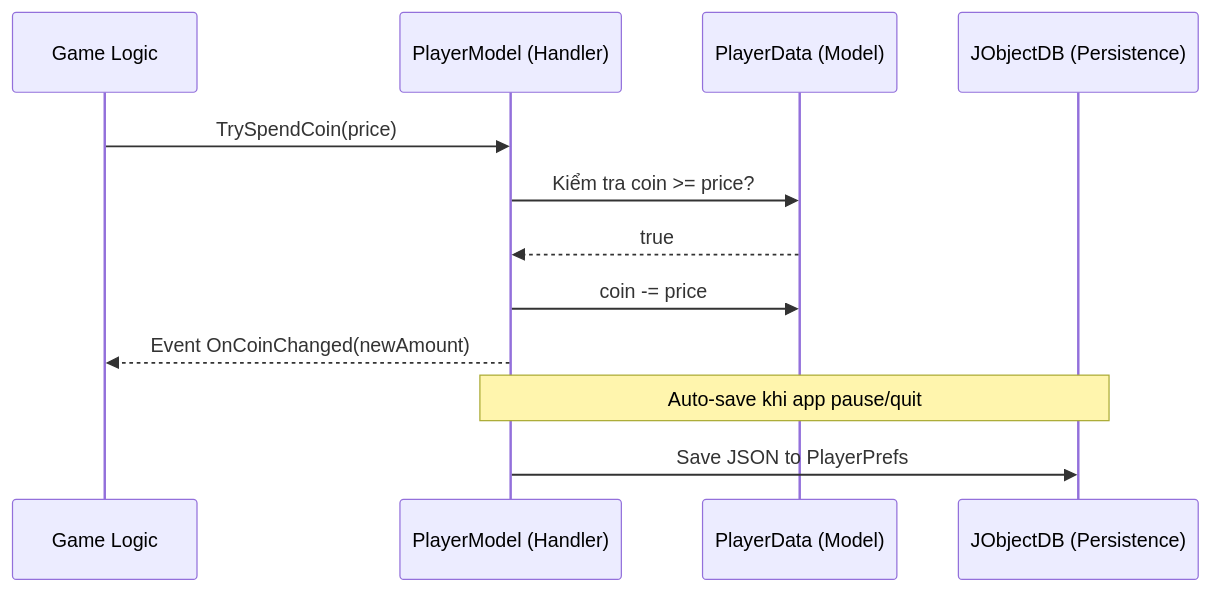
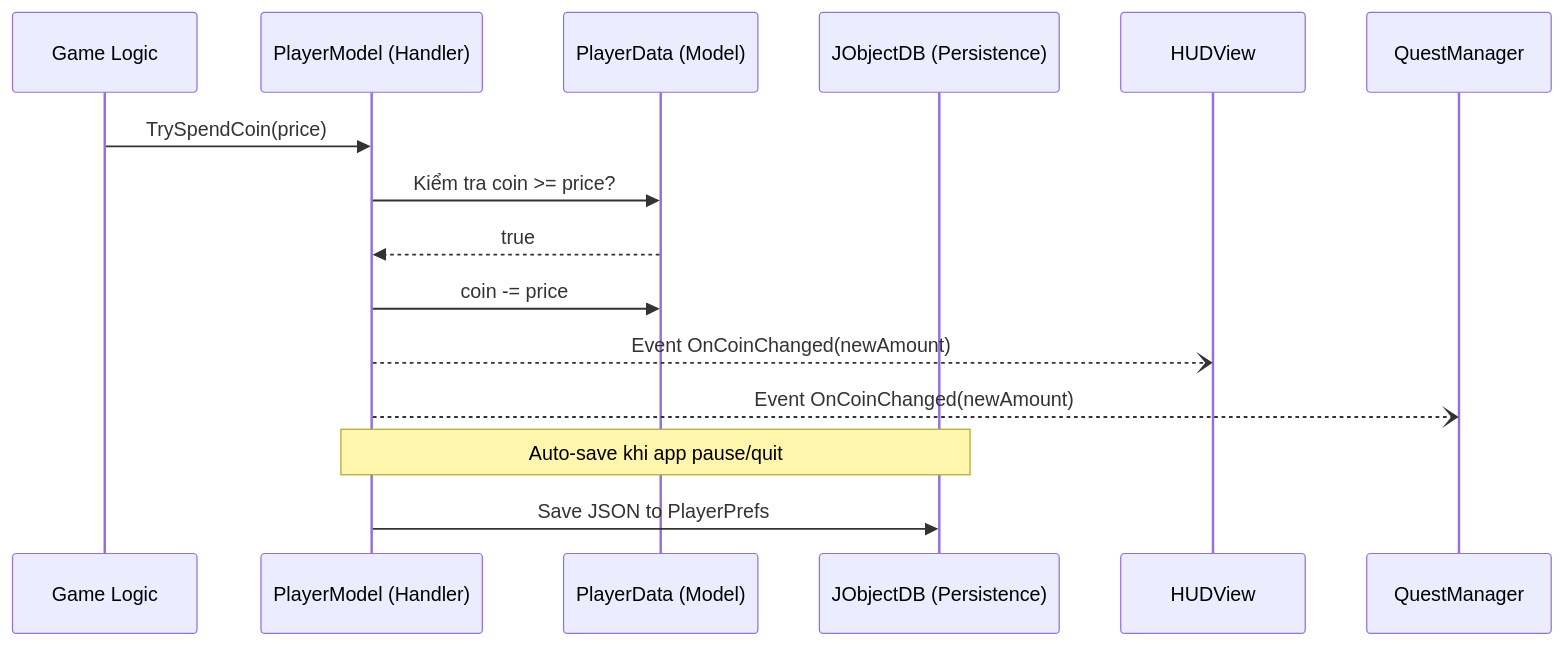
One commit to hnb-rabear/hnb-rabear.github.io changed the third of 3 diagrams in data_management_in_unity/index.md. Above: the diagram before and after it, drawn with Mermaid. The commit also changed other lines of this file and 4 other files, not shown here.

````diff
--- a/data_management_in_unity/index.md
+++ b/data_management_in_unity/index.md
@@ -120,15 +101,18 @@
 ```mermaid
 sequenceDiagram
     participant GL as Game Logic
     participant PM as PlayerModel (Handler)
     participant PD as PlayerData (Model)
     participant DB as JObjectDB (Persistence)
+    participant HUD as HUDView
+    participant QM as QuestManager
 
     GL->>PM: TrySpendCoin(price)
     PM->>PD: Kiểm tra coin >= price?
     PD-->>PM: true
     PM->>PD: coin -= price
-    PM-->>GL: Event OnCoinChanged(newAmount)
+    PM--)HUD: Event OnCoinChanged(newAmount)
+    PM--)QM: Event OnCoinChanged(newAmount)
     Note over PM,DB: Auto-save khi app pause/quit
     PM->>DB: Save JSON to PlayerPrefs
 ```
````
